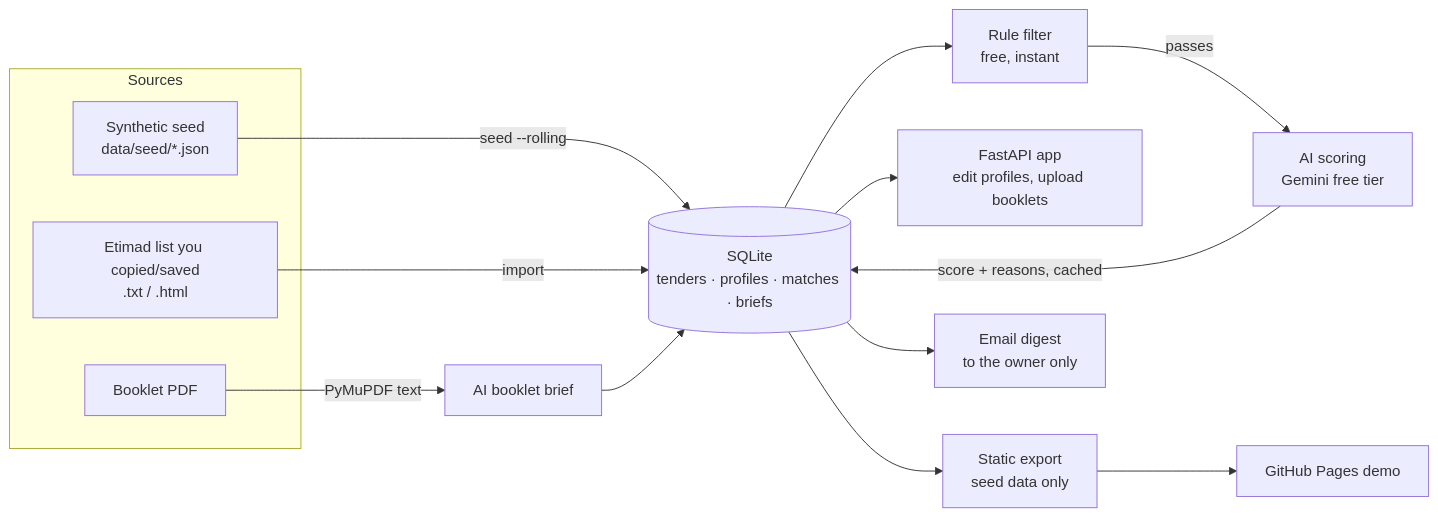
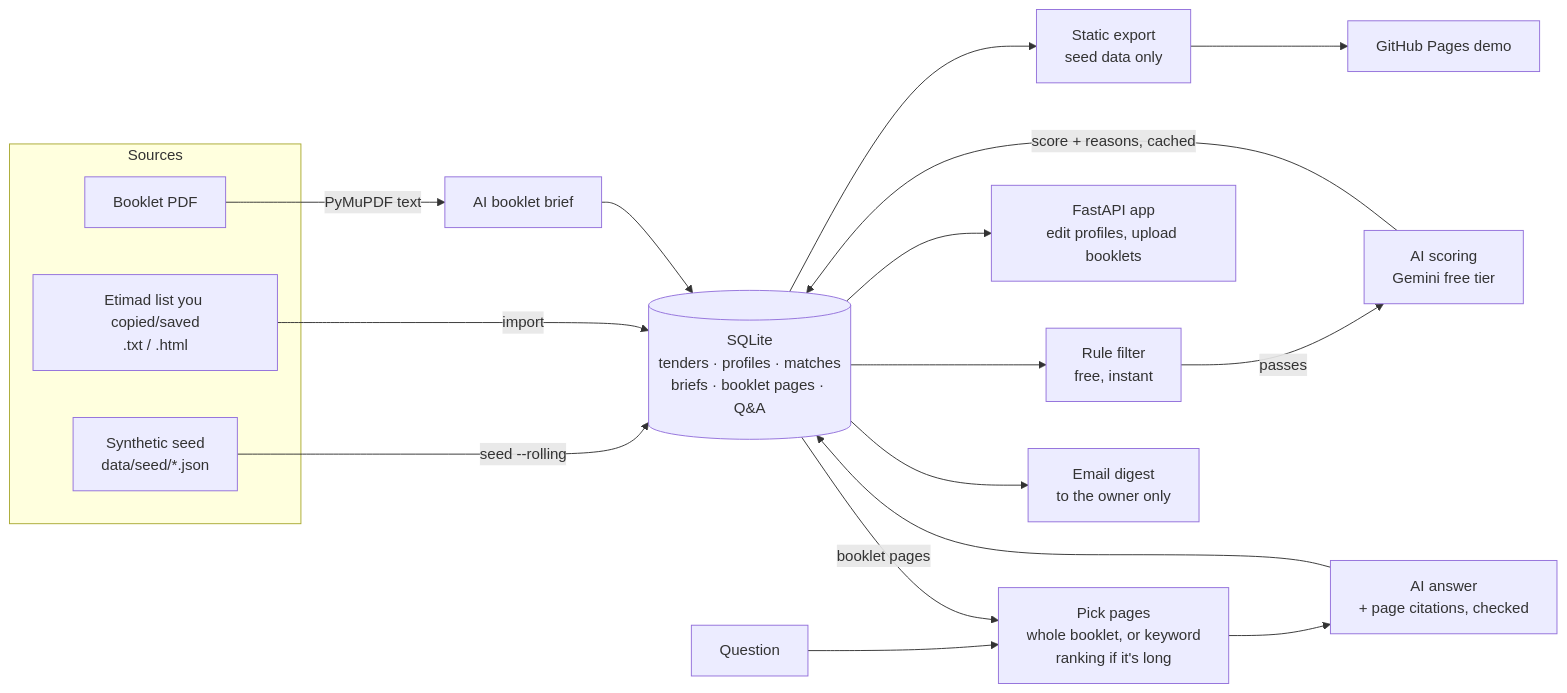
The diagram in README.md (lordm7/tender-radar), drawn with Mermaid before and after one commit. The commit also changed other lines of this file and 2 other files, not shown here.

Commit message:
docs: README for Ask the booklet and the calibrated eval, demo video script, project memory

````diff
--- a/README.md
+++ b/README.md
@@ -27,19 +28,23 @@
 ```mermaid
 flowchart LR
     subgraph Sources
         S[Synthetic seed<br/>data/seed/*.json]
         I[Etimad list you copied/saved<br/>.txt / .html]
         P[Booklet PDF]
     end
-    S -->|seed --rolling| DB[(SQLite<br/>tenders · profiles · matches · briefs)]
+    S -->|seed --rolling| DB[(SQLite<br/>tenders · profiles · matches<br/>briefs · booklet pages · Q&A)]
     I -->|import| DB
     DB --> R[Rule filter<br/>free, instant]
     R -->|passes| AI[AI scoring<br/>Gemini free tier]
     AI -->|score + reasons, cached| DB
     P -->|PyMuPDF text| B[AI booklet brief]
     B --> DB
+    Q[Question] --> K[Pick pages<br/>whole booklet, or keyword<br/>ranking if it's long]
+    DB -->|booklet pages| K
+    K --> A[AI answer<br/>+ page citations, checked]
+    A --> DB
     DB --> W[FastAPI app<br/>edit profiles, upload booklets]
     DB --> X[Static export<br/>seed data only]
     DB --> D[Email digest<br/>to the owner only]
     X --> GP[GitHub Pages demo]
 ```
````
